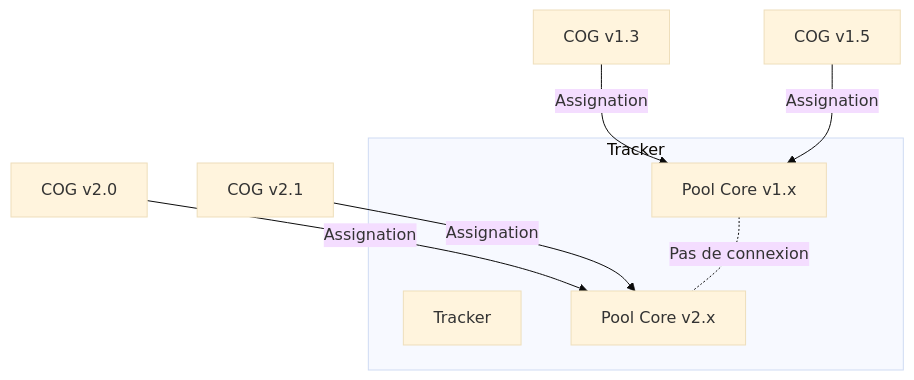
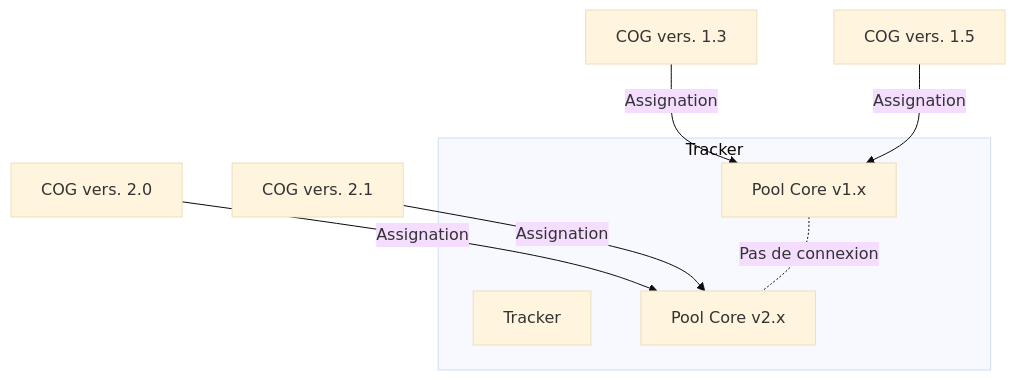
Before and after one commit to StudioMiyukini/miyukini_cog: the third of 4 diagrams in docs/miyukini-webway-system/acteurs/MWS - Trackers.md, drawn with Mermaid (base theme). The commit also changed 273 other files, not shown here.

````diff
--- a/docs/miyukini-webway-system/acteurs/MWS - Trackers.md
+++ b/docs/miyukini-webway-system/acteurs/MWS - Trackers.md
@@ -119,15 +119,15 @@
 ```mermaid
 flowchart TB
     subgraph Tracker["Tracker"]
         T[Tracker]
         P1[Pool Core v1.x]
         P2[Pool Core v2.x]
     end
 
-    C1[COG v1.3] -->|Assignation| P1
-    C2[COG v1.5] -->|Assignation| P1
-    C3[COG v2.0] -->|Assignation| P2
-    C4[COG v2.1] -->|Assignation| P2
+    C1[COG vers. 1.3] -->|Assignation| P1
+    C2[COG vers. 1.5] -->|Assignation| P1
+    C3[COG vers. 2.0] -->|Assignation| P2
+    C4[COG vers. 2.1] -->|Assignation| P2
 
     P1 -.-|Pas de connexion| P2
 ```
````
